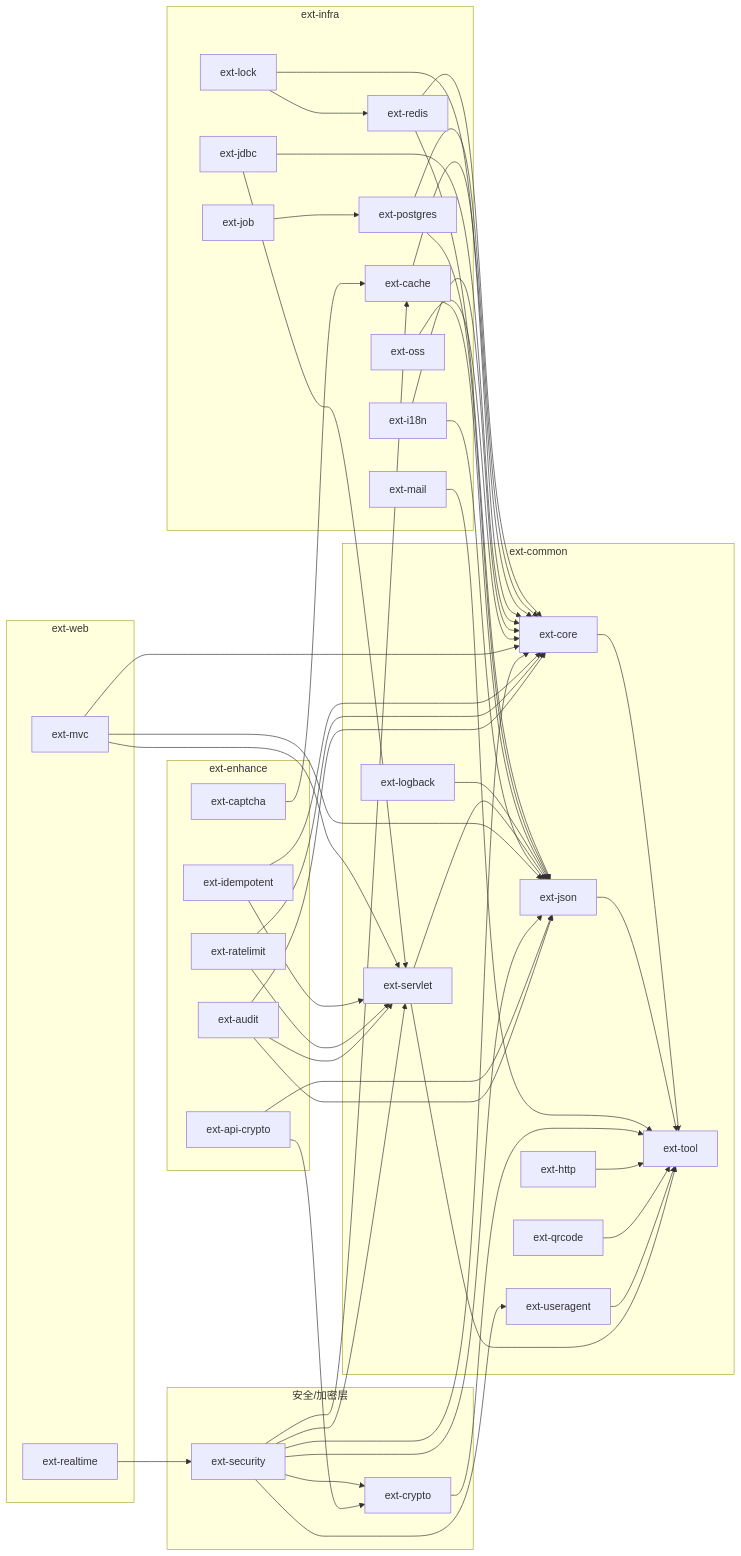
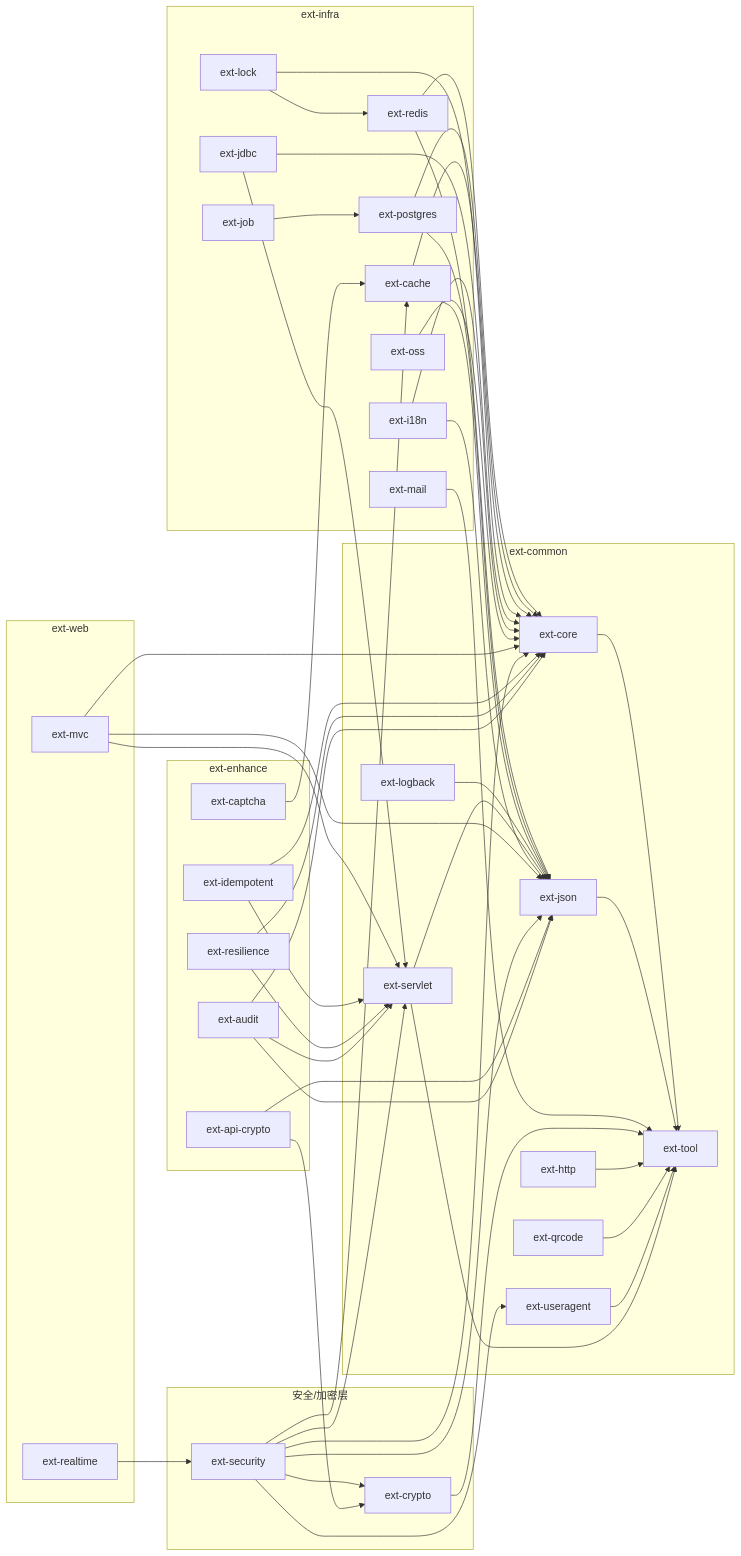
The diagram in architecture.md (hygge3/ext-library), drawn with Mermaid before and after one commit. The commit also changed other lines of this file and 2 other files, not shown here.

````diff
--- a/architecture.md
+++ b/architecture.md
@@ -27,42 +27,42 @@
 ```mermaid
 graph LR
     subgraph L1[ext-common]
         tool[ext-tool]; core[ext-core]; json[ext-json]; servlet[ext-servlet]
         http[ext-http]; qrcode[ext-qrcode]; ua[ext-useragent]; lb[ext-logback]
     end
     subgraph L2[ext-infra]
         redis[ext-redis]; cache[ext-cache]; mail[ext-mail]; pg[ext-postgres]; lock[ext-lock]; jdbc[ext-jdbc]; job[ext-job]
         i18n[ext-i18n]; oss[ext-oss]
     end
     subgraph L3[安全/加密层]
         sec[ext-security]; crypto[ext-crypto]
     end
     subgraph L4[ext-web]
         mvc[ext-mvc]; rt[ext-realtime]
     end
     subgraph L5[ext-enhance]
-        captcha[ext-captcha]; idem[ext-idempotent]; apic[ext-api-crypto]; rl[ext-ratelimit]; audit[ext-audit]
+        captcha[ext-captcha]; idem[ext-idempotent]; apic[ext-api-crypto]; rl[ext-resilience]; audit[ext-audit]
     end
     core --> tool; json --> tool
     redis --> core; redis --> json
     pg --> core; pg --> json
     cache --> core; cache --> json
     lock --> core; lock --> redis
     jdbc --> core
     mail --> tool
     job --> pg
     crypto --> tool
     http --> tool; qrcode --> tool; ua --> tool
     lb --> json; servlet --> tool; servlet --> json
     i18n --> core; i18n --> json
     oss --> core
     mvc --> core; mvc --> json; mvc --> servlet
     sec --> core; sec --> json; sec --> crypto; sec --> cache; sec --> servlet; sec --> ua
     jdbc --> servlet
     rt --> sec
     captcha --> cache
     idem --> core; idem --> servlet
     apic --> crypto; apic --> json
     rl --> core; rl --> servlet
     audit --> core; audit --> json; audit --> servlet
 ```
````
